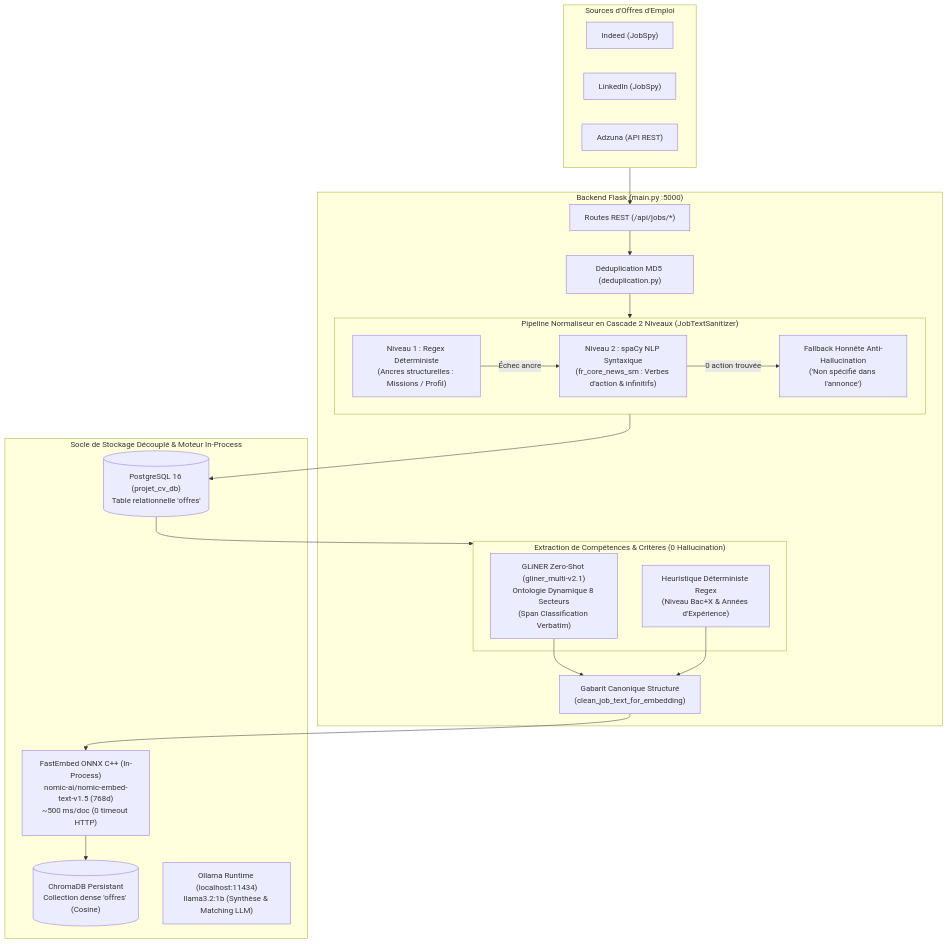
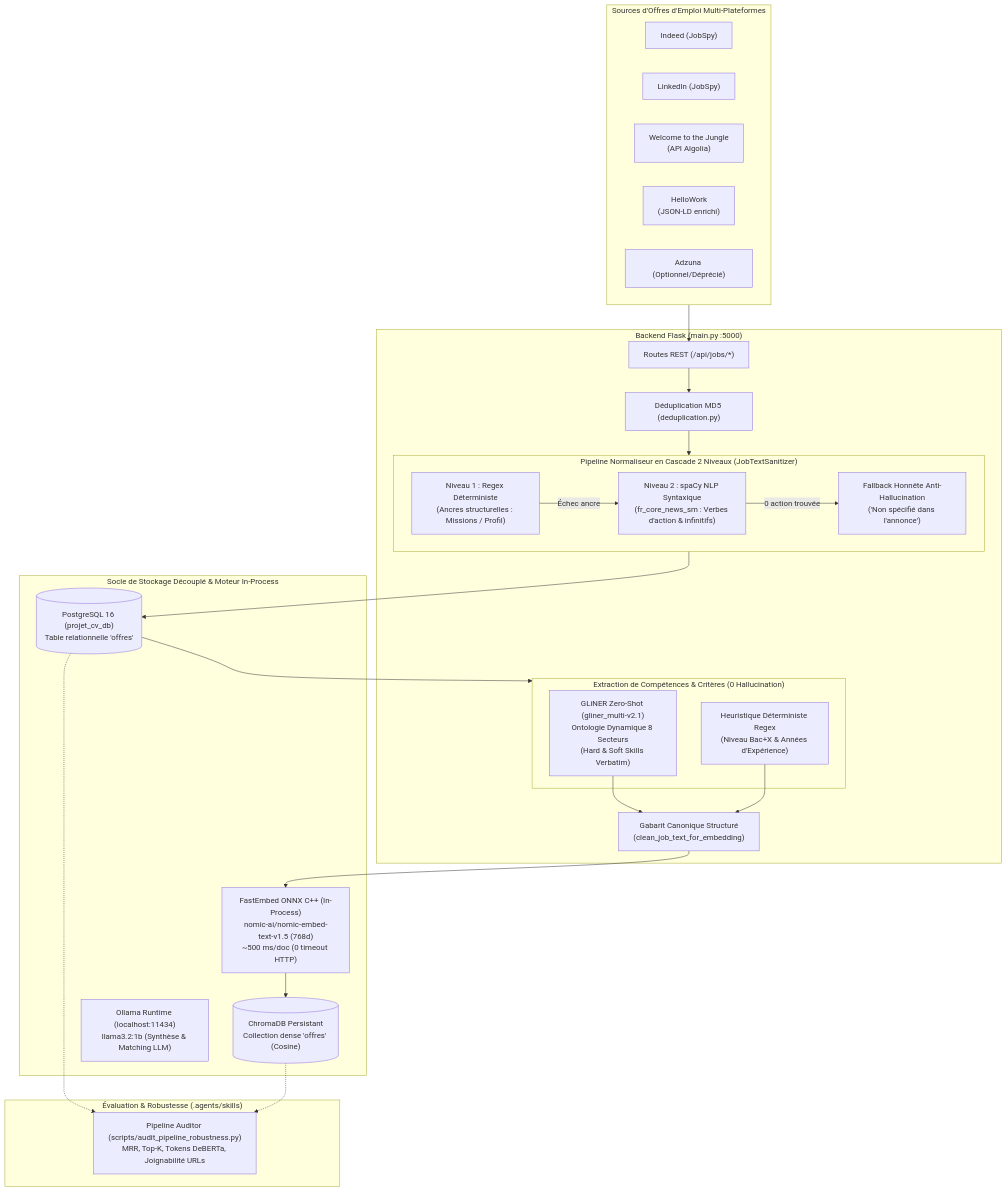
The diagram in README.md (an-Steve/Recommandation-automatis-e-d-offres-d-emploi-par-analyse-s-mantique-de-CV-), drawn with Mermaid before and after one commit. The commit also changed other lines of this file and 2 other files, not shown here.

Commit message:
docs(readme): mise a jour du guide de scraping, de l installation et du benchmark de robustesse

````diff
--- a/README.md
+++ b/README.md
@@ -17,41 +17,49 @@
 ```mermaid
 flowchart TD
-    subgraph SOURCES["Sources d'Offres d'Emploi"]
+    subgraph SOURCES["Sources d'Offres d'Emploi Multi-Plateformes"]
         IND["Indeed (JobSpy)"]
         LNK["LinkedIn (JobSpy)"]
-        ADZ["Adzuna (API REST)"]
+        WTTJ["Welcome to the Jungle\n(API Algolia)"]
+        HW["HelloWork\n(JSON-LD enrichi)"]
+        ADZ["Adzuna (Optionnel/Déprécié)"]
     end
 
     subgraph BACKEND["Backend Flask (main.py :5000)"]
         API["Routes REST (/api/jobs/*)"]
         DEDUP["Déduplication MD5 (deduplication.py)"]
         
         subgraph CASCADE["Pipeline Normaliseur en Cascade 2 Niveaux (JobTextSanitizer)"]
             T1["Niveau 1 : Regex Déterministe\n(Ancres structurelles : Missions / Profil)"]
             T2["Niveau 2 : spaCy NLP Syntaxique\n(fr_core_news_sm : Verbes d'action & infinitifs)"]
             FALL["Fallback Honnête Anti-Hallucination\n('Non spécifié dans l'annonce')"]
             T1 -->|Échec ancre| T2 -->|0 action trouvée| FALL
         end
         
         subgraph EXTRACT["Extraction de Compétences & Critères (0 Hallucination)"]
-            GLIN["GLiNER Zero-Shot (gliner_multi-v2.1)\nOntologie Dynamique 8 Secteurs\n(Span Classification Verbatim)"]
+            GLIN["GLiNER Zero-Shot (gliner_multi-v2.1)\nOntologie Dynamique 8 Secteurs\n(Hard & Soft Skills Verbatim)"]
             HEUR["Heuristique Déterministe Regex\n(Niveau Bac+X & Années d'Expérience)"]
         end
         
         CANON["Gabarit Canonique Structuré\n(clean_job_text_for_embedding)"]
     end
 
     subgraph STORAGE["Socle de Stockage Découplé & Moteur In-Process"]
         PG[("PostgreSQL 16 (projet_cv_db)\nTable relationnelle 'offres'")]
         CHROMA[("ChromaDB Persistant\nCollection dense 'offres' (Cosine)")]
         FASTEMBED["FastEmbed ONNX C++ (In-Process)\nnomic-ai/nomic-embed-text-v1.5 (768d)\n~500 ms/doc (0 timeout HTTP)"]
         OLLAMA["Ollama Runtime (localhost:11434)\nllama3.2:1b (Synthèse & Matching LLM)"]
     end
 
+    subgraph AUDIT["Évaluation & Robustesse (.agents/skills)"]
+        AUDITOR["Pipeline Auditor (scripts/audit_pipeline_robustness.py)\nMRR, Top-K, Tokens DeBERTa, Joignabilité URLs"]
+    end
+
     SOURCES --> API
     API --> DEDUP --> CASCADE --> PG
     PG --> EXTRACT
     GLIN --> CANON
     HEUR --> CANON
     CANON --> FASTEMBED --> CHROMA
+    PG -.-> AUDITOR
+    CHROMA -.-> AUDITOR
 ```
````
